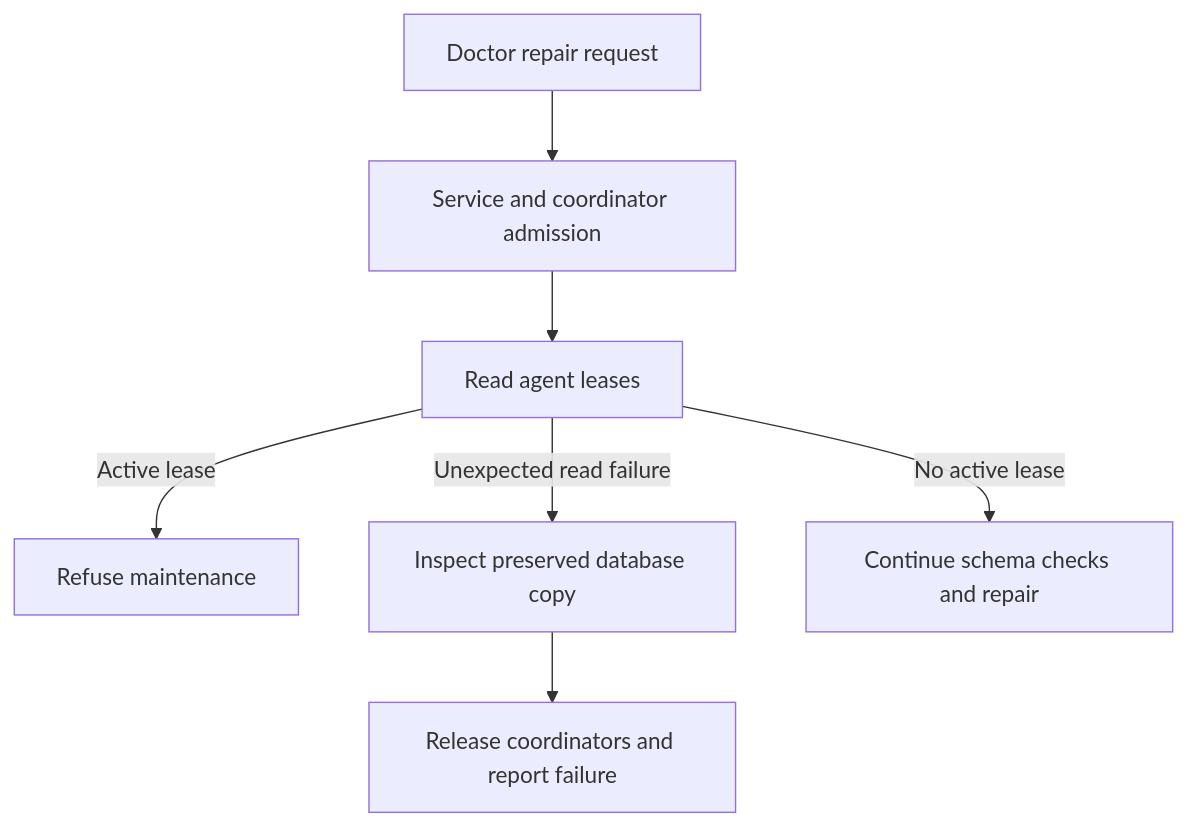
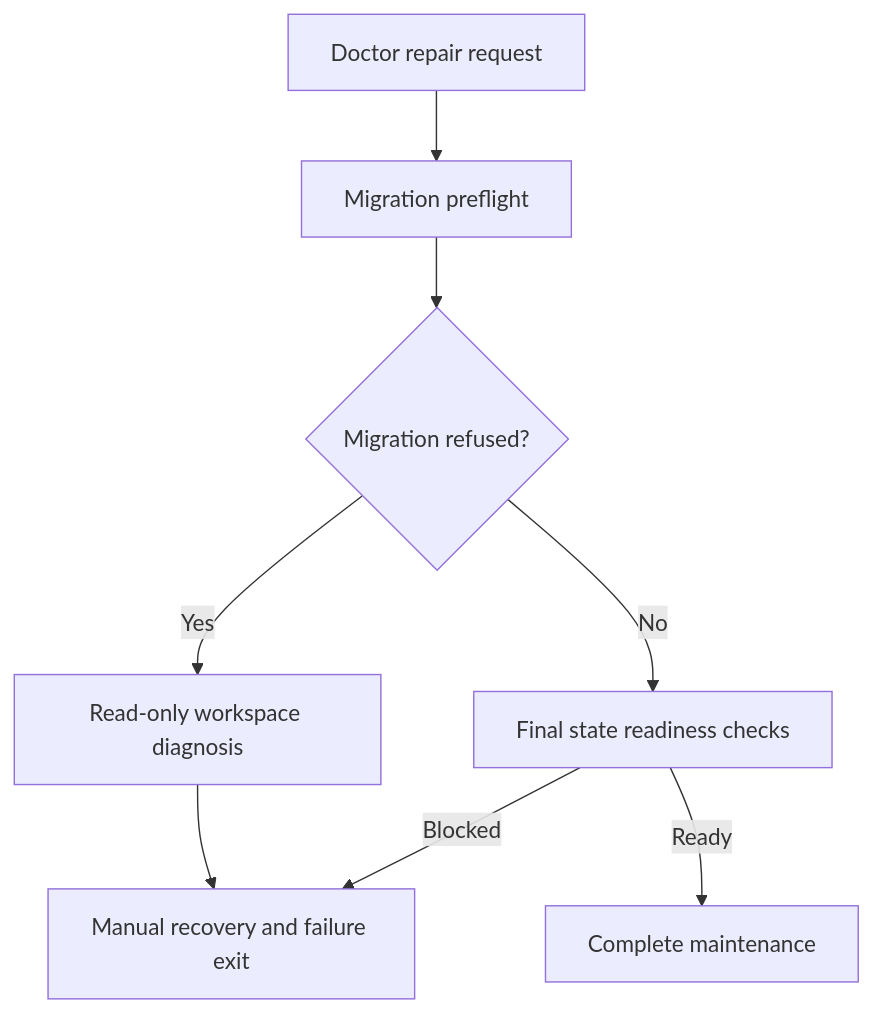
One commit to miguelbranco80/openclaw-bug-origins changed the diagram in fix-origins/clawsweeper/bundles/0157.full.md. Above: the diagram before and after it, drawn with Mermaid. The commit also changed other lines of this file and 6464 other files, not shown here.

````diff
--- a/fix-origins/clawsweeper/bundles/0157.full.md
+++ b/fix-origins/clawsweeper/bundles/0157.full.md
@@ -39,9 +39,10 @@
 ```mermaid
 flowchart TD
-  A[Doctor repair request] --> B[Service and coordinator admission]
-  B --> C[Read agent leases]
-  C -->|Active lease| D[Refuse maintenance]
-  C -->|Unexpected read failure| E[Inspect preserved database copy]
-  E --> F[Release coordinators and report failure]
-  C -->|No active lease| G[Continue schema checks and repair]
+  A[Doctor repair request] --> B[Migration preflight]
+  B --> C{Migration refused?}
+  C -->|Yes| D[Read-only workspace diagnosis]
+  D --> E[Manual recovery and failure exit]
+  C -->|No| F[Final state readiness checks]
+  F -->|Blocked| E
+  F -->|Ready| G[Complete maintenance]
 ```
````
